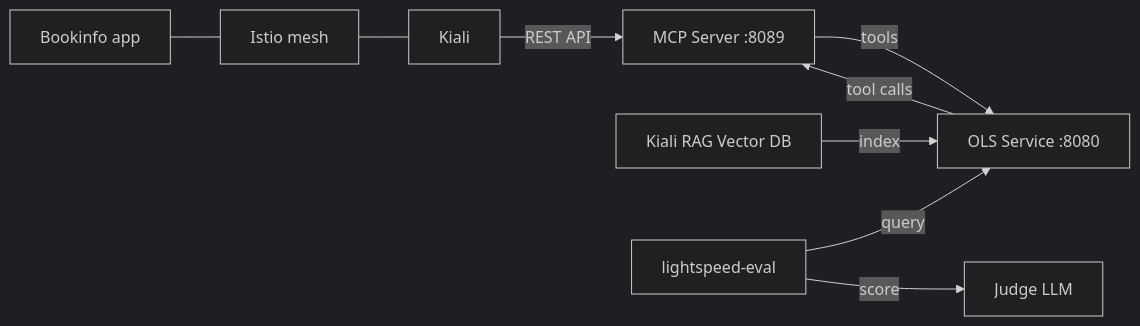
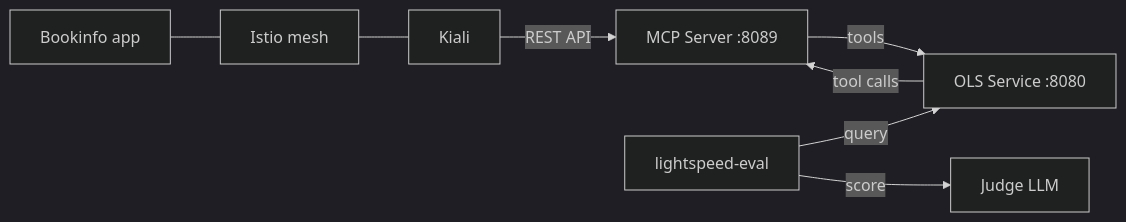
One commit to kiali/troubleshooting-ls-evaluation changed the diagram in README.md. Above: the diagram before and after it, drawn with Mermaid (dark theme). The commit also changed other lines of this file and 11 other files, not shown here.

````diff
--- a/README.md
+++ b/README.md
@@ -20,20 +20,18 @@
 ```mermaid
 flowchart LR
     BOOKINFO["Bookinfo app"]
     ISTIO["Istio mesh"]
     KIALI["Kiali"]
     MCP["MCP Server :8089"]
-    RAG["Kiali RAG Vector DB"]
     OLS["OLS Service :8080"]
     EVAL["lightspeed-eval"]
     JUDGE["Judge LLM"]
 
     BOOKINFO --- ISTIO
     ISTIO --- KIALI
     KIALI -->|REST API| MCP
     MCP -->|tools| OLS
-    RAG -->|index| OLS
     OLS -->|tool calls| MCP
     EVAL -->|query| OLS
     EVAL -->|score| JUDGE
 ```
````
